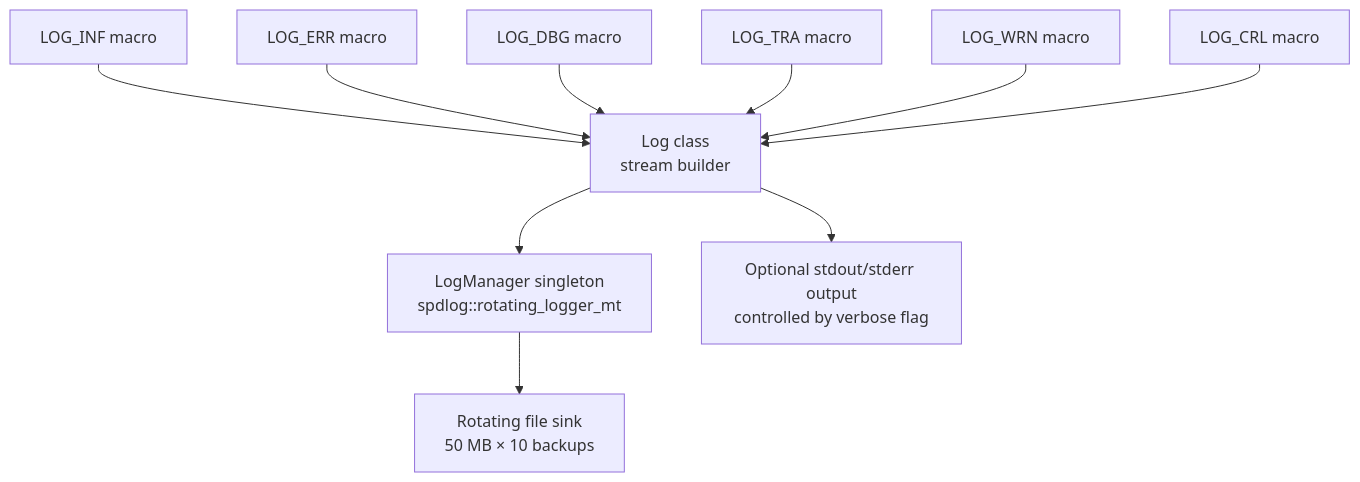
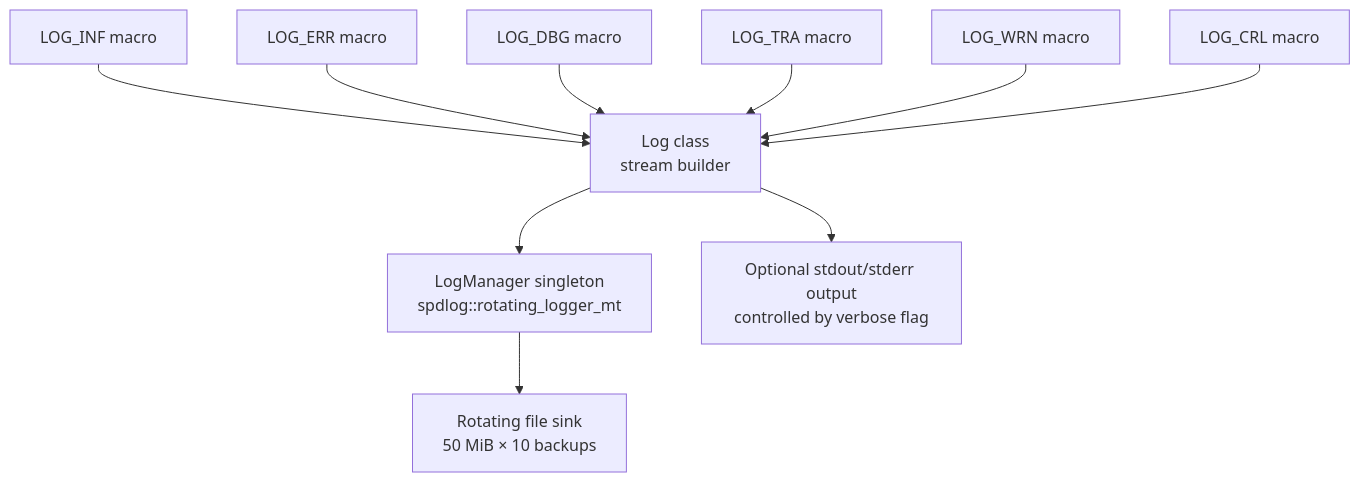
Before and after one commit to iotauth/sst-c-api: the diagram in cpp/src/log/README.md, drawn with Mermaid. The commit also changed 11 other files, not shown here.

````diff
--- a/cpp/src/log/README.md
+++ b/cpp/src/log/README.md
@@ -14,12 +14,12 @@
 ```mermaid
 graph TD
     LOG_INF["LOG_INF macro"] --> Log["Log class\nstream builder"]
     LOG_ERR["LOG_ERR macro"] --> Log
     LOG_DBG["LOG_DBG macro"] --> Log
     LOG_TRA["LOG_TRA macro"] --> Log
     LOG_WRN["LOG_WRN macro"] --> Log
     LOG_CRL["LOG_CRL macro"] --> Log
     Log --> LogManager["LogManager singleton\nspdlog::rotating_logger_mt"]
-    LogManager --> FileSink["Rotating file sink\n50 MB × 10 backups"]
+    LogManager --> FileSink["Rotating file sink\n50 MiB × 10 backups"]
     Log --> Console["Optional stdout/stderr output\ncontrolled by verbose flag"]
 ```
````
